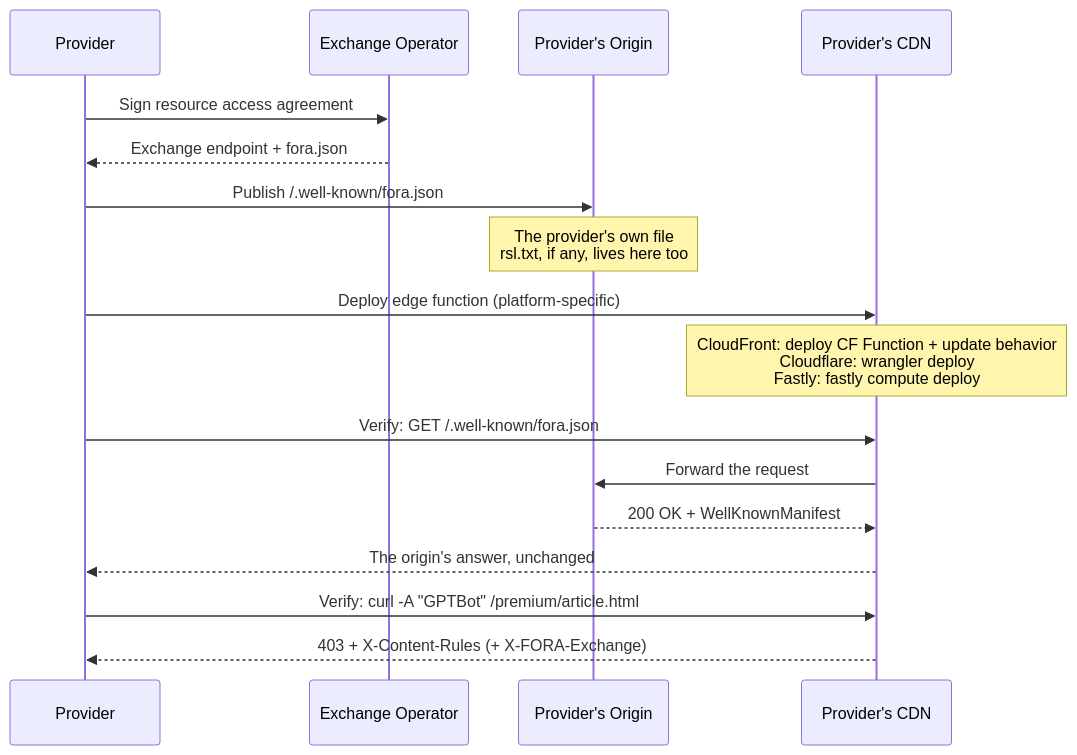
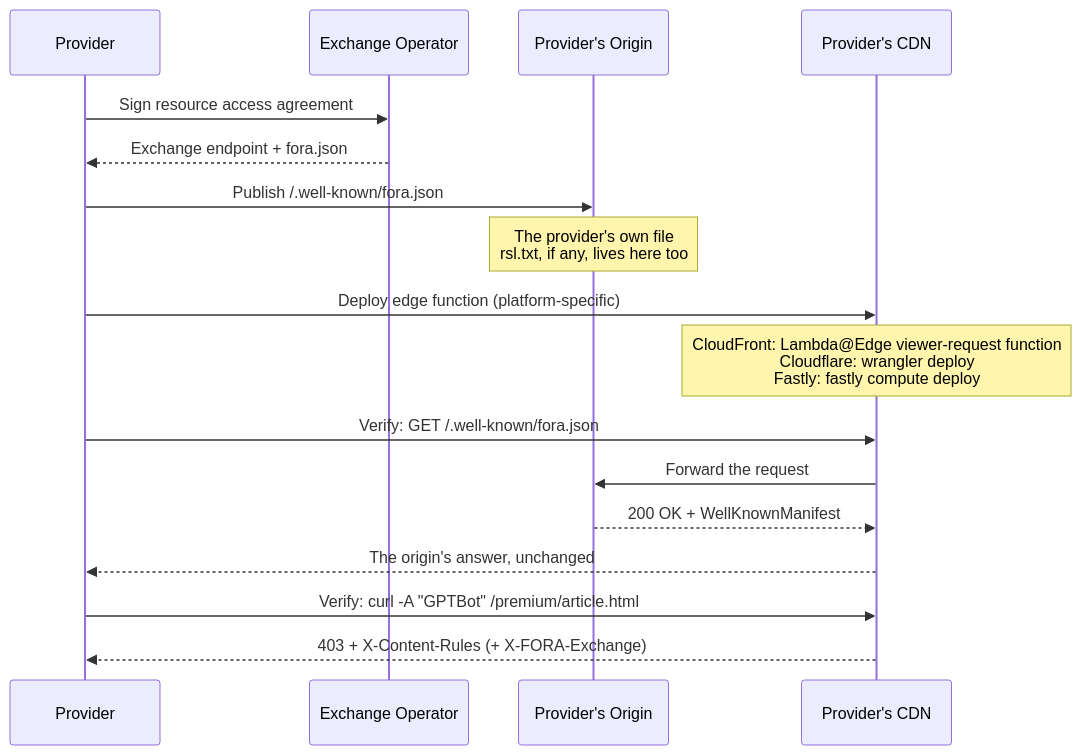
The first of 2 diagrams in website/src/content/docs/components/edge-function/deployment.mdx (FORA-Protocol/protocol), drawn with Mermaid before and after one commit. The commit also changed other lines of this file, not shown here.

Commit message:
Point edge deployment at the reference implementation's Terraform modules, and drop the planned CLI and npm package

````diff
--- a/website/src/content/docs/components/edge-function/deployment.mdx
+++ b/website/src/content/docs/components/edge-function/deployment.mdx
@@ -10,24 +10,24 @@
 ```mermaid
 sequenceDiagram
     participant Provider as Provider
     participant MO as Exchange Operator
     participant Origin as Provider's Origin
     participant CDN as Provider's CDN
 
     Provider->>MO: Sign resource access agreement
     MO-->>Provider: Exchange endpoint + fora.json
 
     Provider->>Origin: Publish /.well-known/fora.json
     Note over Origin: The provider's own file<br/>rsl.txt, if any, lives here too
 
     Provider->>CDN: Deploy edge function (platform-specific)
-    Note over CDN: CloudFront: deploy CF Function + update behavior<br/>Cloudflare: wrangler deploy<br/>Fastly: fastly compute deploy
+    Note over CDN: CloudFront: Lambda@Edge viewer-request function<br/>Cloudflare: wrangler deploy<br/>Fastly: fastly compute deploy
 
     Provider->>CDN: Verify: GET /.well-known/fora.json
     CDN->>Origin: Forward the request
     Origin-->>CDN: 200 OK + WellKnownManifest
     CDN-->>Provider: The origin's answer, unchanged
 
     Provider->>CDN: Verify: curl -A "GPTBot" /premium/article.html
     CDN-->>Provider: 403 + X-Content-Rules (+ X-FORA-Exchange)
 ```
````
